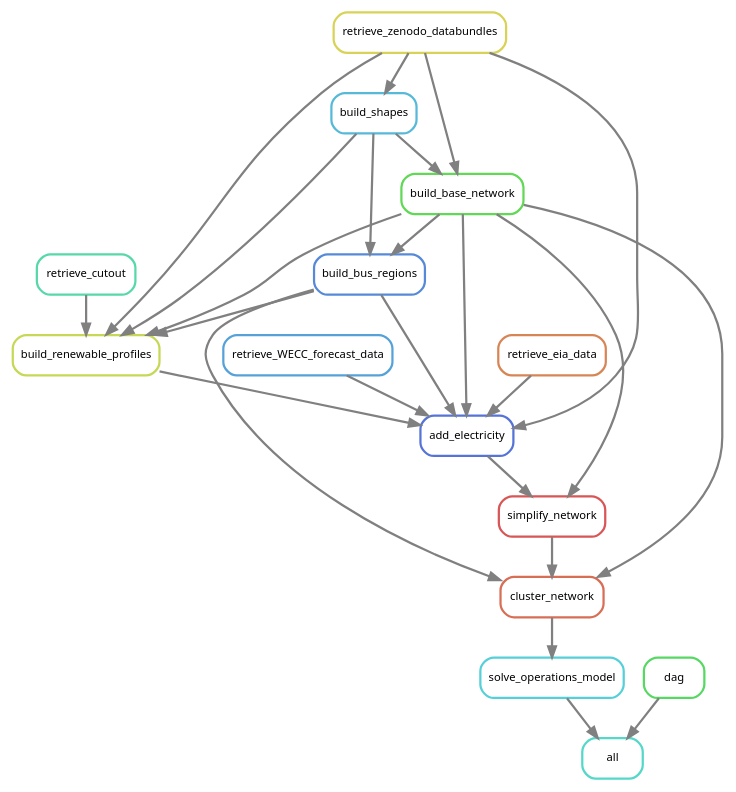
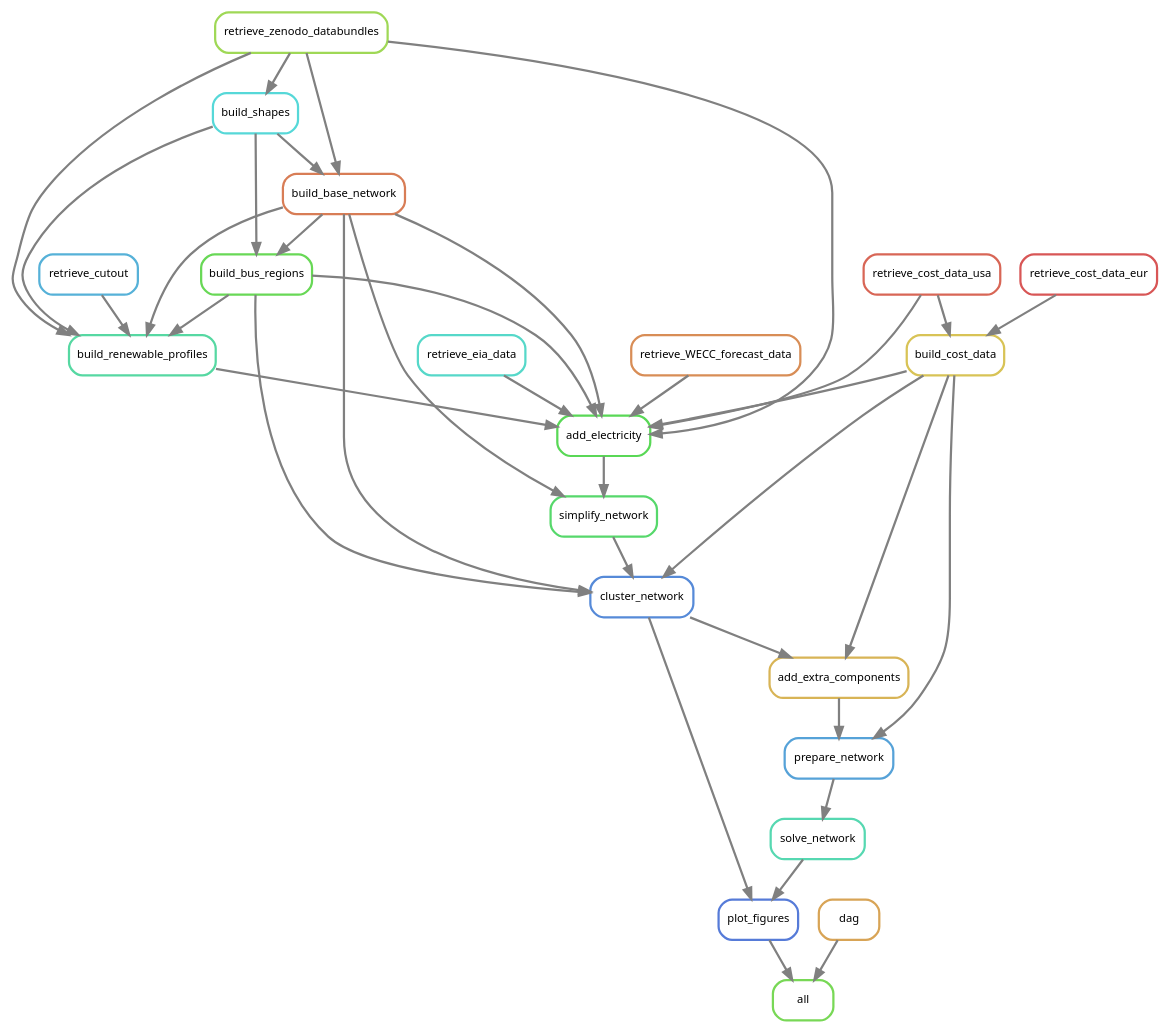
The diagram in workflow/repo_data/dag.dot (PyPSA/pypsa-usa), drawn with Graphviz before and after one commit. The commit also changed 2 other files, not shown here.

Commit message:
updated dag + full run

```diff
--- a/workflow/repo_data/dag.dot
+++ b/workflow/repo_data/dag.dot
@@ -1,43 +1,60 @@
 digraph snakemake_dag {
     graph[bgcolor=white, margin=0];
     node[shape=box, style=rounded, fontname=sans,                 fontsize=10, penwidth=2];
     edge[penwidth=2, color=grey];
-	0[label = "all", color = "0.48 0.6 0.85", style="rounded"];
-	1[label = "solve_operations_model", color = "0.51 0.6 0.85", style="rounded"];
-	2[label = "cluster_network", color = "0.03 0.6 0.85", style="rounded"];
-	3[label = "simplify_network", color = "0.00 0.6 0.85", style="rounded"];
-	4[label = "build_base_network", color = "0.32 0.6 0.85", style="rounded"];
-	5[label = "retrieve_zenodo_databundles", color = "0.16 0.6 0.85", style="rounded"];
-	6[label = "build_shapes", color = "0.54 0.6 0.85", style="rounded"];
-	7[label = "add_electricity", color = "0.63 0.6 0.85", style="rounded"];
-	8[label = "build_renewable_profiles", color = "0.19 0.6 0.85", style="rounded"];
-	9[label = "build_bus_regions", color = "0.60 0.6 0.85", style="rounded"];
-	10[label = "retrieve_cutout", color = "0.44 0.6 0.85", style="rounded"];
-	11[label = "retrieve_WECC_forecast_data", color = "0.57 0.6 0.85", style="rounded"];
-	12[label = "retrieve_eia_data", color = "0.06 0.6 0.85", style="rounded"];
-	13[label = "dag", color = "0.35 0.6 0.85", style="rounded"];
-	13 -> 0
+	0[label = "all", color = "0.29 0.6 0.85", style="rounded"];
+	1[label = "plot_figures", color = "0.62 0.6 0.85", style="rounded"];
+	2[label = "solve_network", color = "0.45 0.6 0.85", style="rounded"];
+	3[label = "prepare_network", color = "0.57 0.6 0.85", style="rounded"];
+	4[label = "add_extra_components", color = "0.12 0.6 0.85", style="rounded"];
+	5[label = "cluster_network", color = "0.60 0.6 0.85", style="rounded"];
+	6[label = "simplify_network", color = "0.36 0.6 0.85", style="rounded"];
+	7[label = "build_base_network", color = "0.05 0.6 0.85", style="rounded"];
+	8[label = "retrieve_zenodo_databundles", color = "0.24 0.6 0.85", style="rounded"];
+	9[label = "build_shapes", color = "0.50 0.6 0.85", style="rounded"];
+	10[label = "add_electricity", color = "0.33 0.6 0.85", style="rounded"];
+	11[label = "build_renewable_profiles", color = "0.43 0.6 0.85", style="rounded"];
+	12[label = "build_bus_regions", color = "0.31 0.6 0.85", style="rounded"];
+	13[label = "retrieve_cutout", color = "0.55 0.6 0.85", style="rounded"];
+	14[label = "build_cost_data", color = "0.14 0.6 0.85", style="rounded"];
+	15[label = "retrieve_cost_data_usa", color = "0.02 0.6 0.85", style="rounded"];
+	16[label = "retrieve_cost_data_eur", color = "0.00 0.6 0.85", style="rounded"];
+	17[label = "retrieve_WECC_forecast_data", color = "0.07 0.6 0.85", style="rounded"];
+	18[label = "retrieve_eia_data", color = "0.48 0.6 0.85", style="rounded"];
+	19[label = "dag", color = "0.10 0.6 0.85", style="rounded"];
 	1 -> 0
+	19 -> 0
 	2 -> 1
+	5 -> 1
 	3 -> 2
-	4 -> 2
-	9 -> 2
 	4 -> 3
-	7 -> 3
-	6 -> 4
+	14 -> 3
 	5 -> 4
-	5 -> 6
-	11 -> 7
-	5 -> 7
-	4 -> 7
+	14 -> 4
+	6 -> 5
+	12 -> 5
+	7 -> 5
+	14 -> 5
+	7 -> 6
+	10 -> 6
+	9 -> 7
 	8 -> 7
-	9 -> 7
-	12 -> 7
-	6 -> 8
-	5 -> 8
-	4 -> 8
-	9 -> 8
-	10 -> 8
-	6 -> 9
-	4 -> 9
+	8 -> 9
+	18 -> 10
+	12 -> 10
+	14 -> 10
+	15 -> 10
+	7 -> 10
+	11 -> 10
+	17 -> 10
+	8 -> 10
+	12 -> 11
+	9 -> 11
+	7 -> 11
+	13 -> 11
+	8 -> 11
+	9 -> 12
+	7 -> 12
+	15 -> 14
+	16 -> 14
 }            
```
